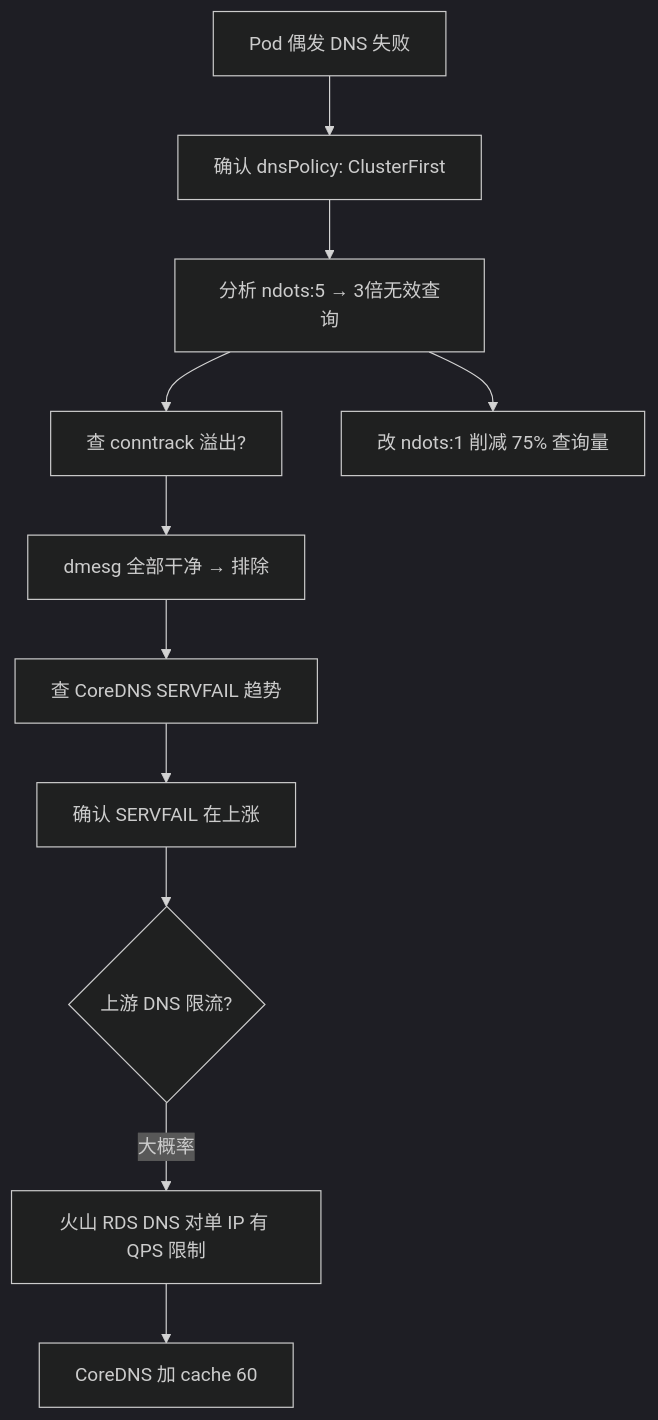
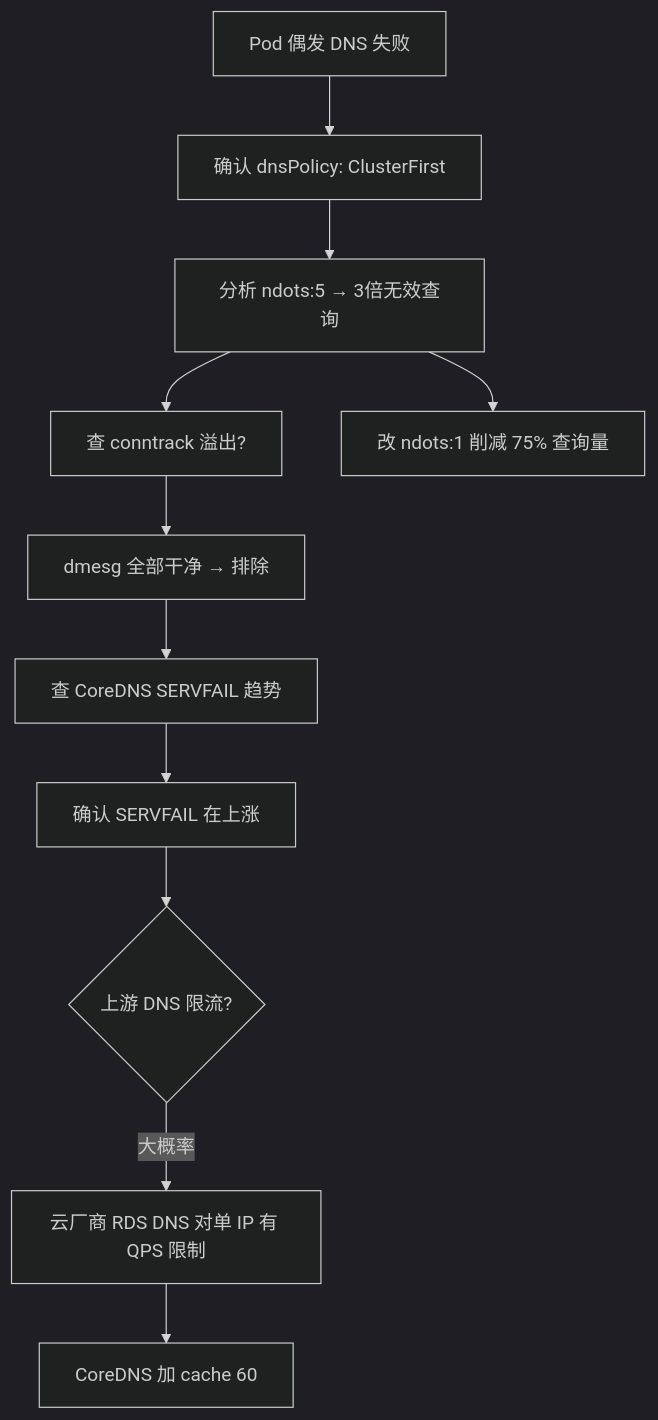
Before and after one commit to jianghuifr/notes: the second of 2 diagrams in source/_posts/k8s-dns-resolution-debug.md, drawn with Mermaid (dark theme). The commit also changed other lines of this file and 3 other files, not shown here.

Commit message:
fix: mermaid暗色背景可读性 + 文章脱敏（邮箱/项目名/云厂商）

````diff
--- a/source/_posts/k8s-dns-resolution-debug.md
+++ b/source/_posts/k8s-dns-resolution-debug.md
@@ -112,13 +112,13 @@
 ```mermaid
 flowchart TD
     A[Pod 偶发 DNS 失败] --> B[确认 dnsPolicy: ClusterFirst]
     B --> C[分析 ndots:5 → 3倍无效查询]
     C --> D[查 conntrack 溢出?]
     D --> E[dmesg 全部干净 → 排除]
     E --> F[查 CoreDNS SERVFAIL 趋势]
     F --> G[确认 SERVFAIL 在上涨]
     G --> H{上游 DNS 限流?}
-    H -->|大概率| I[火山 RDS DNS 对单 IP 有 QPS 限制]
+    H -->|大概率| I[云厂商 RDS DNS 对单 IP 有 QPS 限制]
     C --> J[改 ndots:1 削减 75% 查询量]
     I --> K[CoreDNS 加 cache 60]
 ```
````
